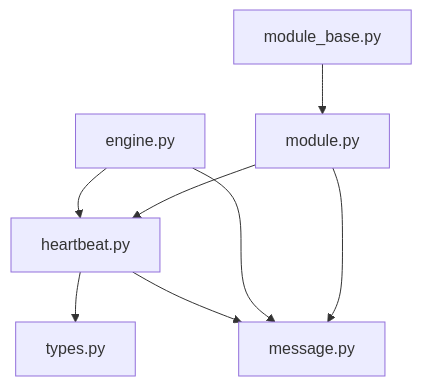
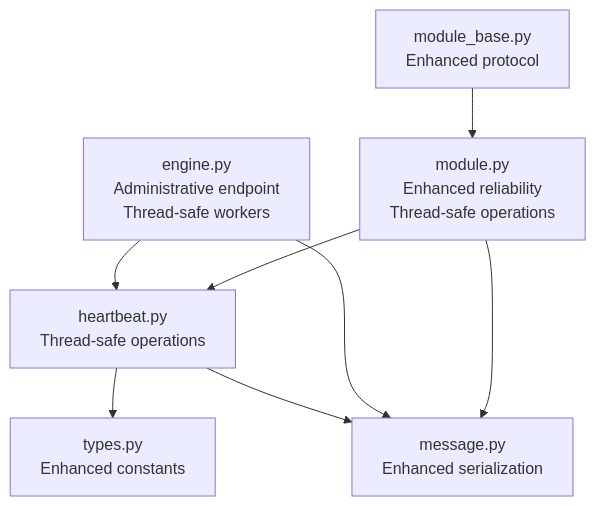
Diagram 11 of 11 in .qoder/repowiki/en/content/Heartbeat and Reliability.md (zt281/TycheEngine), drawn with Mermaid before and after one commit. The commit also changed other lines of this file and 34 other files, not shown here.

````diff
--- a/.qoder/repowiki/en/content/Heartbeat and Reliability.md
+++ b/.qoder/repowiki/en/content/Heartbeat and Reliability.md
@@ -350,16 +454,16 @@
 ```mermaid
 graph TB
-TYPES["types.py"]
-MSG["message.py"]
-HB["heartbeat.py"]
-ENGINE["engine.py"]
-MODULE["module.py"]
-BASE["module_base.py"]
+TYPES["types.py<br/>Enhanced constants"]
+MSG["message.py<br/>Enhanced serialization"]
+HB["heartbeat.py<br/>Thread-safe operations"]
+ENGINE["engine.py<br/>Administrative endpoint<br/>Thread-safe workers"]
+MODULE["module.py<br/>Enhanced reliability<br/>Thread-safe operations"]
+BASE["module_base.py<br/>Enhanced protocol"]
 HB --> TYPES
 HB --> MSG
 ENGINE --> HB
 ENGINE --> MSG
 MODULE --> HB
 MODULE --> MSG
 BASE --> MODULE
 ```
````
